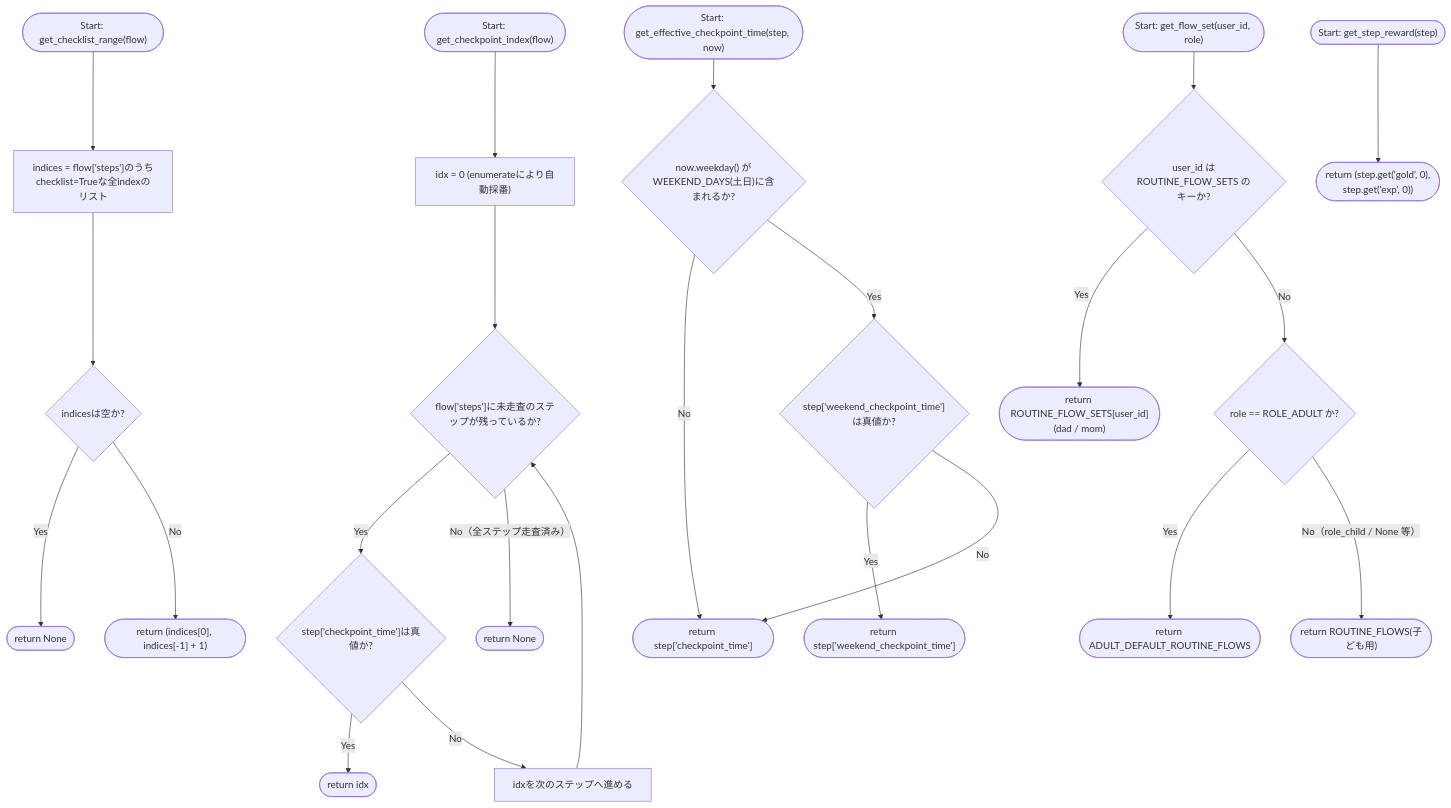
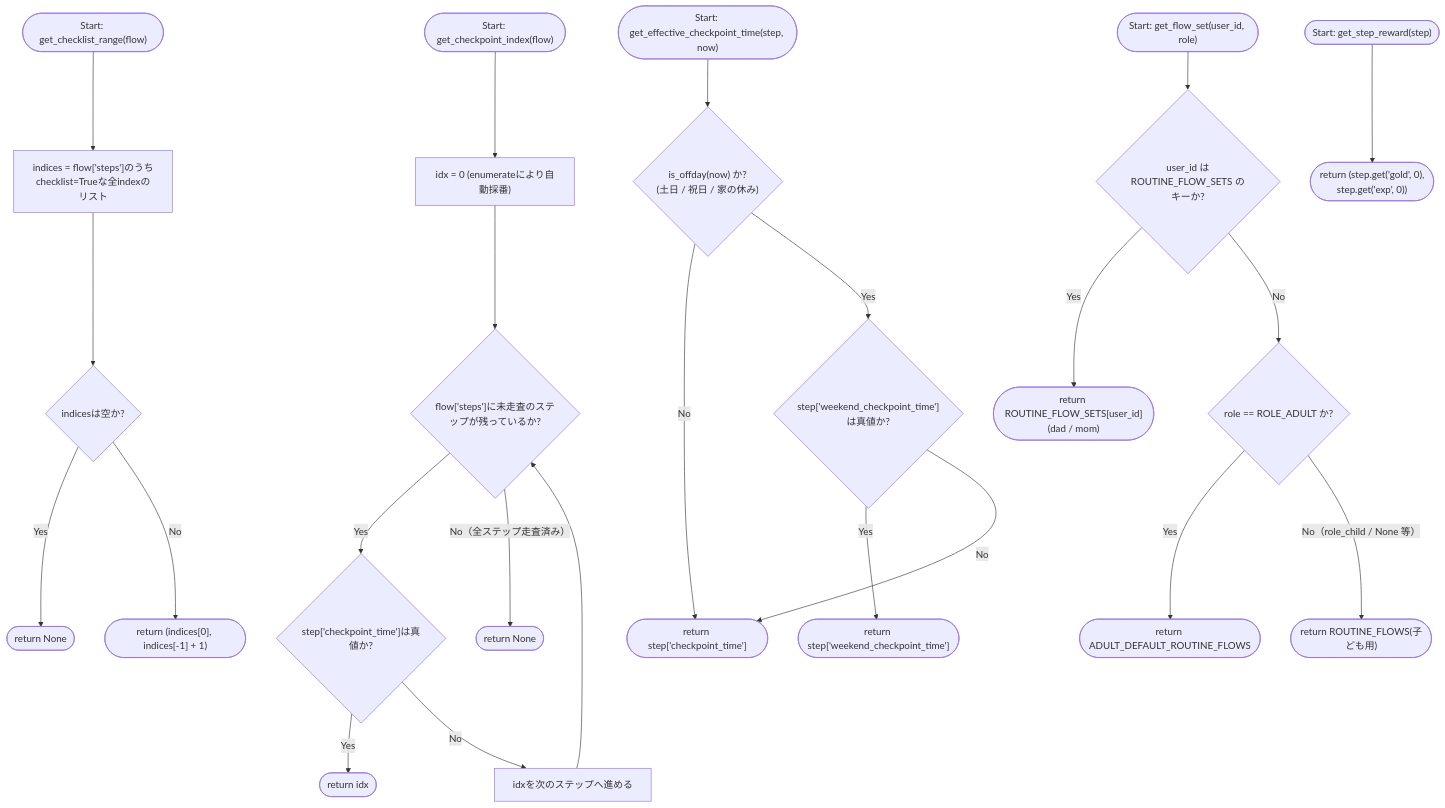
One commit to mmtigers/my_python_project changed the first of 2 diagrams in docs/specifications/MY_HOME_SYSTEM/routine_data.md. Above: the diagram before and after it, drawn with Mermaid. The commit also changed other lines of this file and 18 other files, not shown here.

````diff
--- a/docs/specifications/MY_HOME_SYSTEM/routine_data.md
+++ b/docs/specifications/MY_HOME_SYSTEM/routine_data.md
@@ -386,29 +388,29 @@
 ```mermaid
 flowchart TD
     Start(["Start: get_checkpoint_index(flow)"]) --> Init["idx = 0 (enumerateにより自動採番)"]
     Init --> LoopCheck{"flow['steps']に未走査のステップが残っているか?"}
     LoopCheck -- Yes --> CheckpointCheck{"step['checkpoint_time']は真値か?"}
     CheckpointCheck -- Yes --> ReturnIdx(["return idx"])
     CheckpointCheck -- No --> NextStep["idxを次のステップへ進める"]
     NextStep --> LoopCheck
     LoopCheck -- No（全ステップ走査済み） --> ReturnNone(["return None"])
 
     RangeStart(["Start: get_checklist_range(flow)"]) --> CollectIndices["indices = flow['steps']のうちchecklist=Trueな全indexのリスト"]
     CollectIndices --> IndicesEmpty{"indicesは空か?"}
     IndicesEmpty -- Yes --> ReturnRangeNone(["return None"])
     IndicesEmpty -- No --> ReturnRange(["return (indices[0], indices[-1] + 1)"])
 
-    EffStart(["Start: get_effective_checkpoint_time(step, now)"]) --> WeekendCheck{"now.weekday() が\nWEEKEND_DAYS(土日)に含まれるか?"}
+    EffStart(["Start: get_effective_checkpoint_time(step, now)"]) --> WeekendCheck{"is_offday(now) か?\n(土日 / 祝日 / 家の休み)"}
     WeekendCheck -- No --> ReturnPlain(["return step['checkpoint_time']"])
     WeekendCheck -- Yes --> OverrideCheck{"step['weekend_checkpoint_time']は真値か?"}
     OverrideCheck -- Yes --> ReturnOverride(["return step['weekend_checkpoint_time']"])
     OverrideCheck -- No --> ReturnPlain
 
     FlowSetStart(["Start: get_flow_set(user_id, role)"]) --> UserIdCheck{"user_id は\nROUTINE_FLOW_SETS のキーか?"}
     UserIdCheck -- Yes --> ReturnUserSet(["return ROUTINE_FLOW_SETS[user_id]\n(dad / mom)"])
     UserIdCheck -- No --> RoleCheck{"role == ROLE_ADULT か?"}
     RoleCheck -- Yes --> ReturnAdultDefault(["return ADULT_DEFAULT_ROUTINE_FLOWS"])
     RoleCheck -- No（role_child / None 等） --> ReturnChild(["return ROUTINE_FLOWS(子ども用)"])
 
     RewardStart(["Start: get_step_reward(step)"]) --> ReturnReward(["return (step.get('gold', 0),\n        step.get('exp', 0))"])
 ```
````
